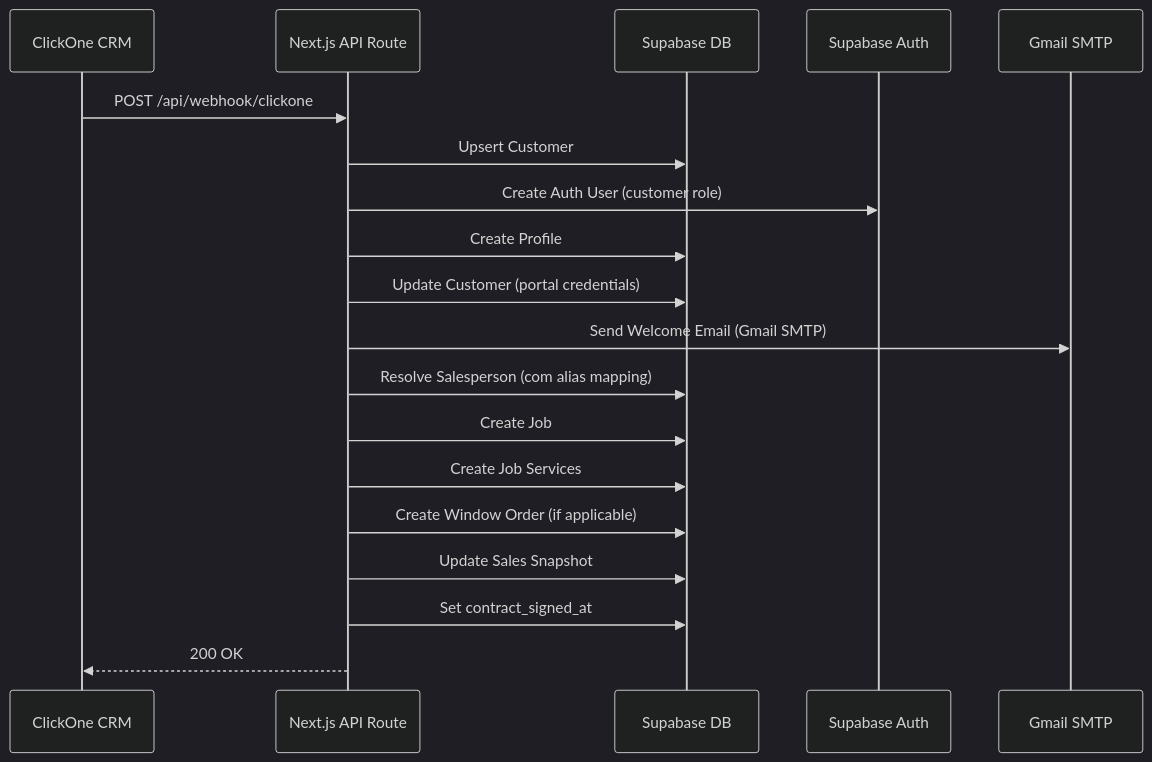
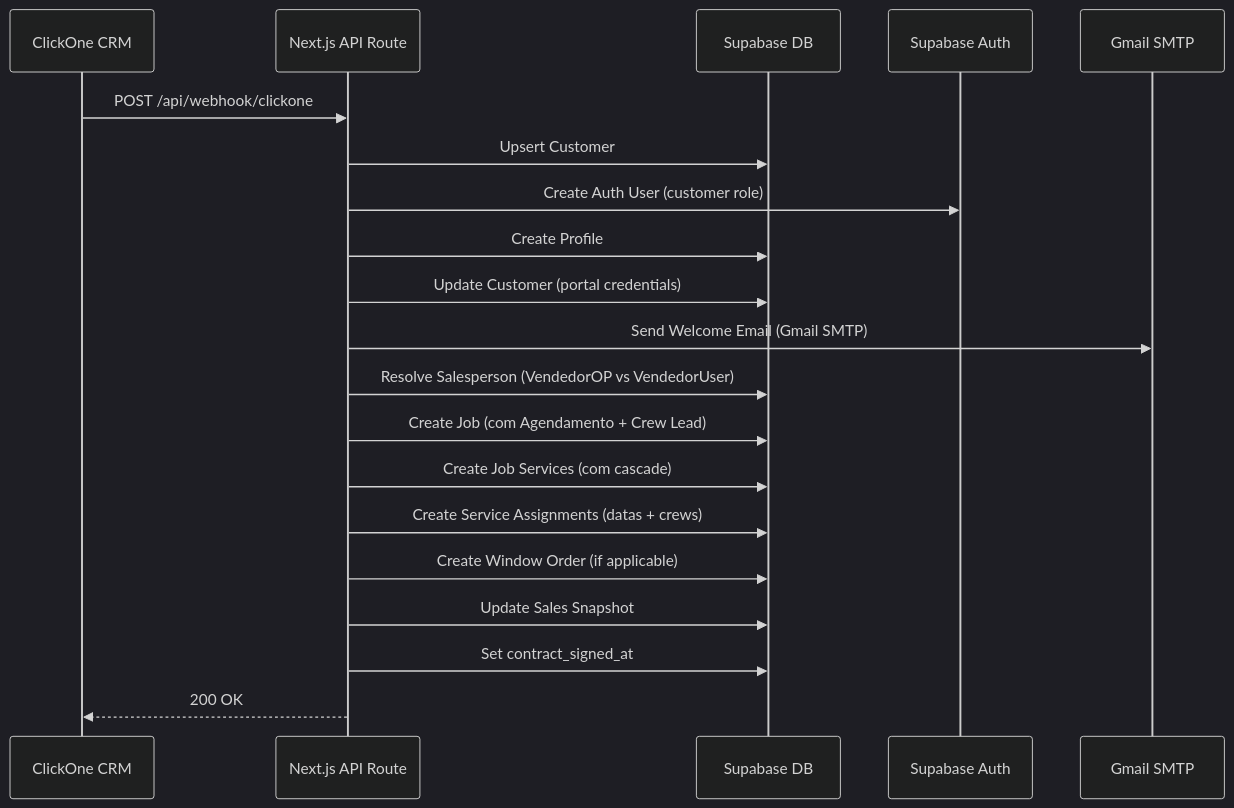
The first of 2 diagrams in Projetos 2026/Siding Depot/Webhook ClickOne.md (Wyllams/Sinding-Depot), drawn with Mermaid (dark theme) before and after one commit. The commit also changed other lines of this file and 1 other file, not shown here.

Commit message:
docs: update Obsidian - Webhook ClickOne + Job Schedule

````diff
--- a/Projetos 2026/Siding Depot/Webhook ClickOne.md
+++ b/Projetos 2026/Siding Depot/Webhook ClickOne.md
@@ -23,22 +23,23 @@
 ```mermaid
 sequenceDiagram
     participant CRM as ClickOne CRM
     participant API as Next.js API Route
     participant DB as Supabase DB
     participant Auth as Supabase Auth
     participant Email as Gmail SMTP
 
     CRM->>API: POST /api/webhook/clickone
     API->>DB: Upsert Customer
     API->>Auth: Create Auth User (customer role)
     API->>DB: Create Profile
     API->>DB: Update Customer (portal credentials)
     API->>Email: Send Welcome Email (Gmail SMTP)
-    API->>DB: Resolve Salesperson (com alias mapping)
-    API->>DB: Create Job
-    API->>DB: Create Job Services
+    API->>DB: Resolve Salesperson (VendedorOP vs VendedorUser)
+    API->>DB: Create Job (com Agendamento + Crew Lead)
+    API->>DB: Create Job Services (com cascade)
+    API->>DB: Create Service Assignments (datas + crews)
     API->>DB: Create Window Order (if applicable)
     API->>DB: Update Sales Snapshot
     API->>DB: Set contract_signed_at
     API-->>CRM: 200 OK
 ```
````
